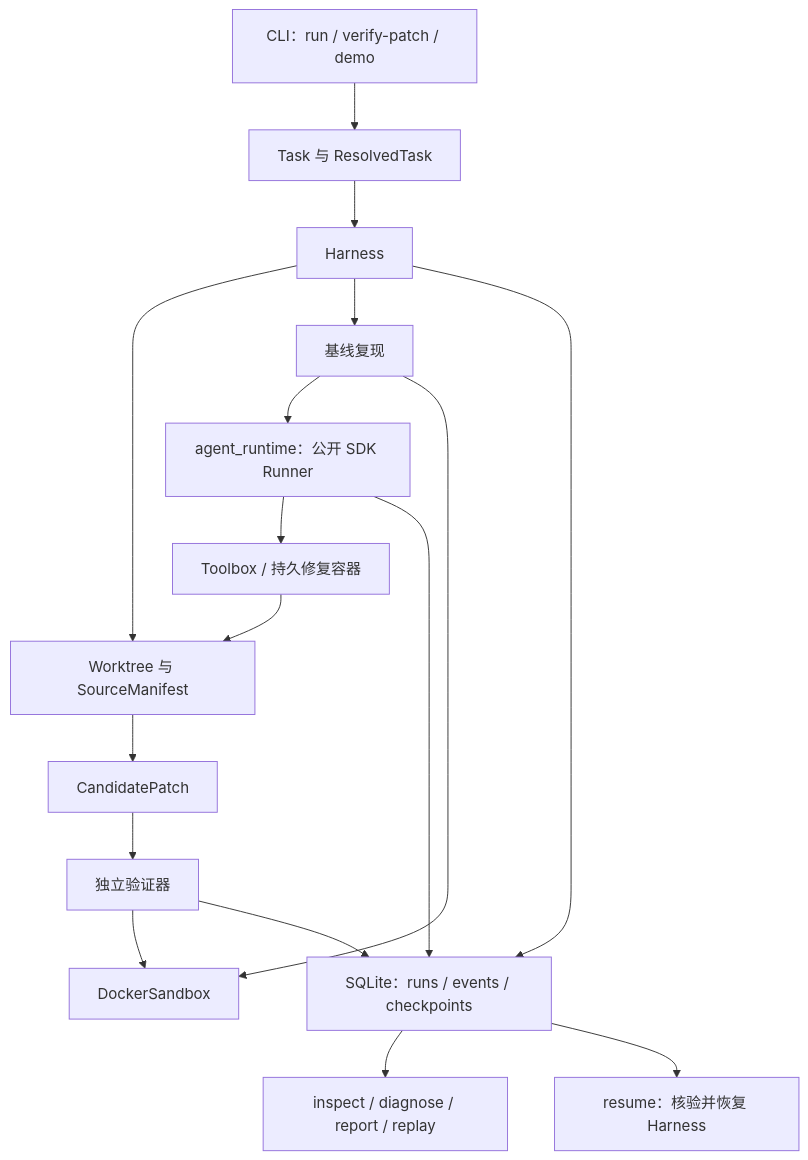
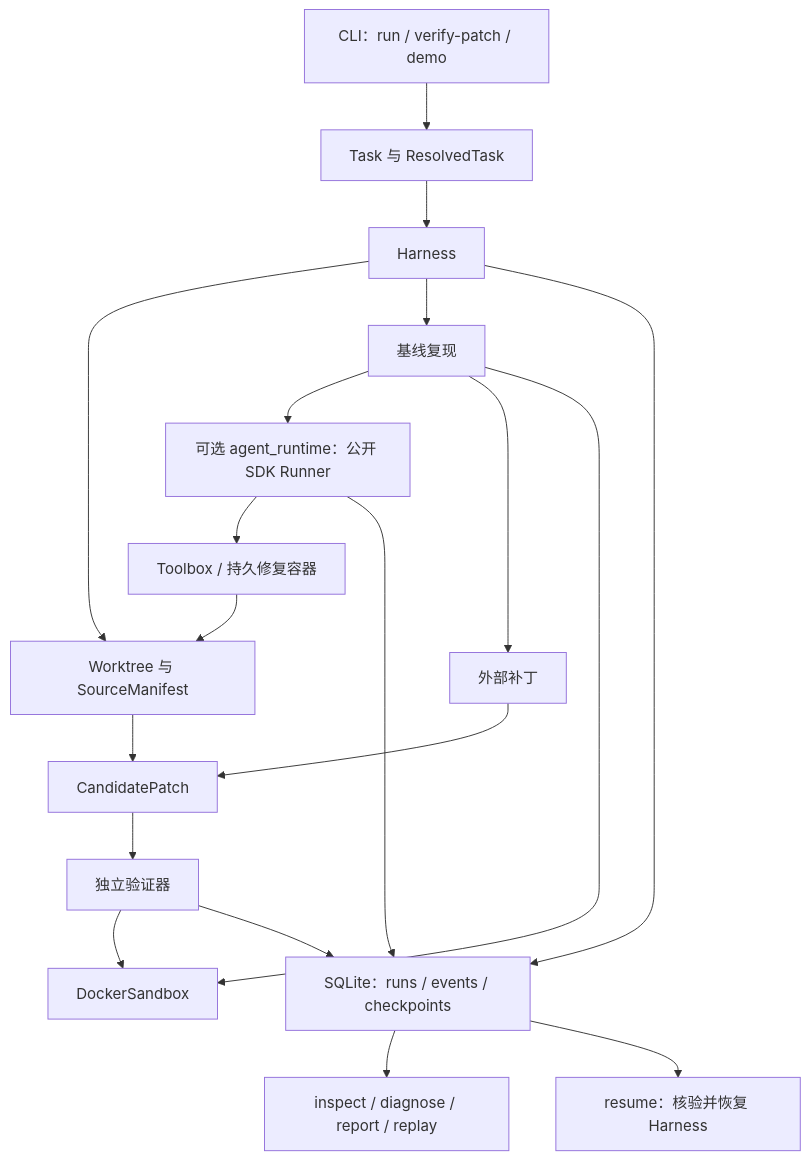
One commit to lilong555/ReproPatch changed the diagram in docs/ARCHITECTURE.md. Above: the diagram before and after it, drawn with Mermaid. The commit also changed other lines of this file and 22 other files, not shown here.

````diff
--- a/docs/ARCHITECTURE.md
+++ b/docs/ARCHITECTURE.md
@@ -9,19 +9,21 @@
 ```mermaid
 flowchart TD
   C[CLI：run / verify-patch / demo] --> T[Task 与 ResolvedTask]
   T --> H[Harness]
   H --> W[Worktree 与 SourceManifest]
   H --> B[基线复现]
-  B --> A[agent_runtime：公开 SDK Runner]
+  B --> A[可选 agent_runtime：公开 SDK Runner]
+  B --> X[外部补丁]
   A --> U[Toolbox / 持久修复容器]
   U --> W
   W --> P[CandidatePatch]
+  X --> P
   P --> V[独立验证器]
   B --> D[DockerSandbox]
   V --> D
   H --> E[SQLite：runs / events / checkpoints]
   A --> E
   V --> E
   E --> R[inspect / diagnose / report / replay]
   E --> S[resume：核验并恢复 Harness]
 ```
````
